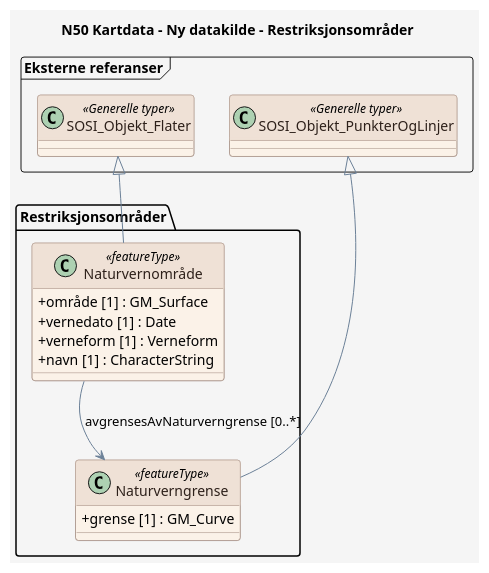
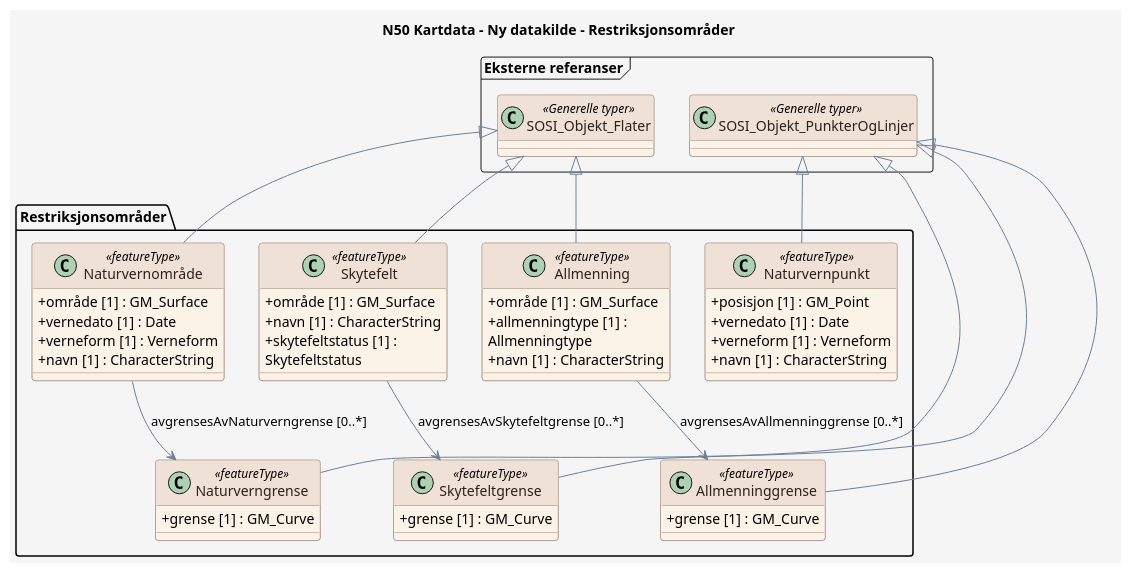
One commit to KentJonsrud/produktspesifikasjon_sommer changed the diagram in produktspesifikasjon/n50-kartdata/ny-datakilde/ny-datakilde_feature_catalogue_Restriksjonsomr_der.puml. Above: the diagram before and after it, drawn with PlantUML. The commit also changed 26 other files, not shown here.

```diff
--- a/produktspesifikasjon/n50-kartdata/ny-datakilde/ny-datakilde_feature_catalogue_Restriksjonsomr_der.puml
+++ b/produktspesifikasjon/n50-kartdata/ny-datakilde/ny-datakilde_feature_catalogue_Restriksjonsomr_der.puml
@@ -1,56 +1,90 @@
 @startuml
 ' For wide diagrams, render with: plantuml -DPLANTUML_LIMIT_SIZE=16384 ...
 ' The 'scale max' directive below caps the rendered output to prevent the
 ' default PlantUML 4096px size limit from cropping the diagram.
 scale max 4000*4000
 
 title N50 Kartdata - Ny datakilde - Restriksjonsområder
 
 skinparam backgroundColor #F5F5F5
 skinparam shadowing false
 skinparam RoundCorner 6
 skinparam ArrowColor #6C8198
 skinparam wrapWidth 200
 skinparam class {
   BackgroundColor #FBF2E8
   BorderColor #9C8578
   FontColor #2D201A
   HeaderBackgroundColor #EFE1D6
   HeaderFontColor #2D201A
   AttributeIconSize 0
 }
 skinparam note {
   BackgroundColor #FFFFFF
   BorderColor #6C8198
   FontColor #2D201A
 }
 skinparam stereotypeCBackgroundColor #EAD9CE
 skinparam stereotypeCBorderColor #9C8578
 skinparam stereotypeCFontColor #2D201A
 
 package "Restriksjonsområder" {
 
+  class Allmenning <<featureType>> {
+    + område [1] : GM_Surface
+    + allmenningtype [1] : Allmenningtype
+    + navn [1] : CharacterString
+  }
+
+  class Skytefeltgrense <<featureType>> {
+    + grense [1] : GM_Curve
+  }
+
   class Naturverngrense <<featureType>> {
+    + grense [1] : GM_Curve
+  }
+
+  class Allmenninggrense <<featureType>> {
     + grense [1] : GM_Curve
   }
 
   class "Naturvernområde" as Naturvernomr_de <<featureType>> {
     + område [1] : GM_Surface
+    + vernedato [1] : Date
+    + verneform [1] : Verneform
+    + navn [1] : CharacterString
+  }
+
+  class Skytefelt <<featureType>> {
+    + område [1] : GM_Surface
+    + navn [1] : CharacterString
+    + skytefeltstatus [1] : Skytefeltstatus
+  }
+
+  class Naturvernpunkt <<featureType>> {
+    + posisjon [1] : GM_Point
     + vernedato [1] : Date
     + verneform [1] : Verneform
     + navn [1] : CharacterString
   }
 }
 
 package "Eksterne referanser" <<Frame>> {
   class SOSI_Objekt_Flater <<Generelle typer>> {
   }
   class SOSI_Objekt_PunkterOgLinjer <<Generelle typer>> {
   }
 }
 
+SOSI_Objekt_Flater <|-- Allmenning
+Allmenning --> Allmenninggrense : avgrensesAvAllmenninggrense [0..*]
+SOSI_Objekt_PunkterOgLinjer <|-- Skytefeltgrense
 SOSI_Objekt_PunkterOgLinjer <|-- Naturverngrense
+SOSI_Objekt_PunkterOgLinjer <|-- Allmenninggrense
 SOSI_Objekt_Flater <|-- Naturvernomr_de
 Naturvernomr_de --> Naturverngrense : avgrensesAvNaturverngrense [0..*]
+SOSI_Objekt_Flater <|-- Skytefelt
+Skytefelt --> Skytefeltgrense : avgrensesAvSkytefeltgrense [0..*]
+SOSI_Objekt_PunkterOgLinjer <|-- Naturvernpunkt
 
 @enduml
```
